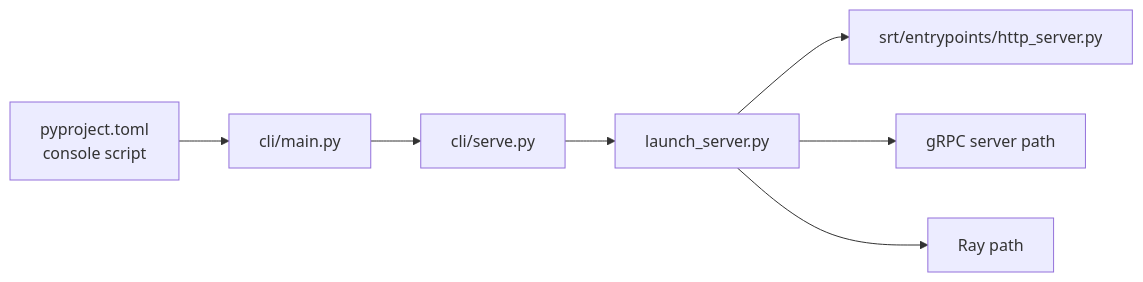
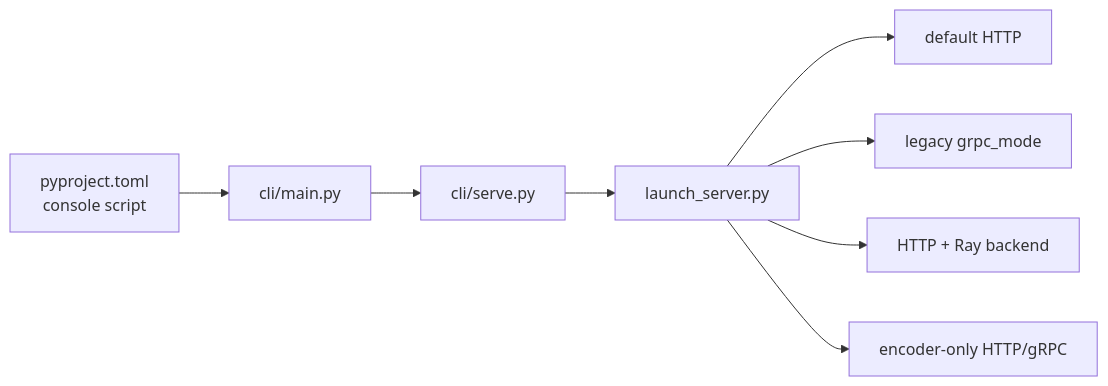
One commit to OnlyHero5/sglang-reading-vault changed the second of 6 diagrams in sglang_reading/导读与总览/SGLang-模块依赖图.md. Above: the diagram before and after it, drawn with Mermaid. The commit also changed other lines of this file and 512 other files, not shown here.

````diff
--- a/sglang_reading/导读与总览/SGLang-模块依赖图.md
+++ b/sglang_reading/导读与总览/SGLang-模块依赖图.md
@@ -43,9 +57,10 @@
 ```mermaid
 flowchart LR
     TOML["pyproject.toml<br/>console script"] --> MAIN["cli/main.py"]
     MAIN --> SERVE["cli/serve.py"]
     SERVE --> LAUNCH["launch_server.py"]
-    LAUNCH --> HTTP["srt/entrypoints/http_server.py"]
-    LAUNCH --> GRPC["gRPC server path"]
-    LAUNCH --> RAY["Ray path"]
+    LAUNCH --> HTTP["default HTTP"]
+    LAUNCH --> GRPC["legacy grpc_mode"]
+    LAUNCH --> RAY["HTTP + Ray backend"]
+    LAUNCH --> ENC["encoder-only HTTP/gRPC"]
 ```
````
